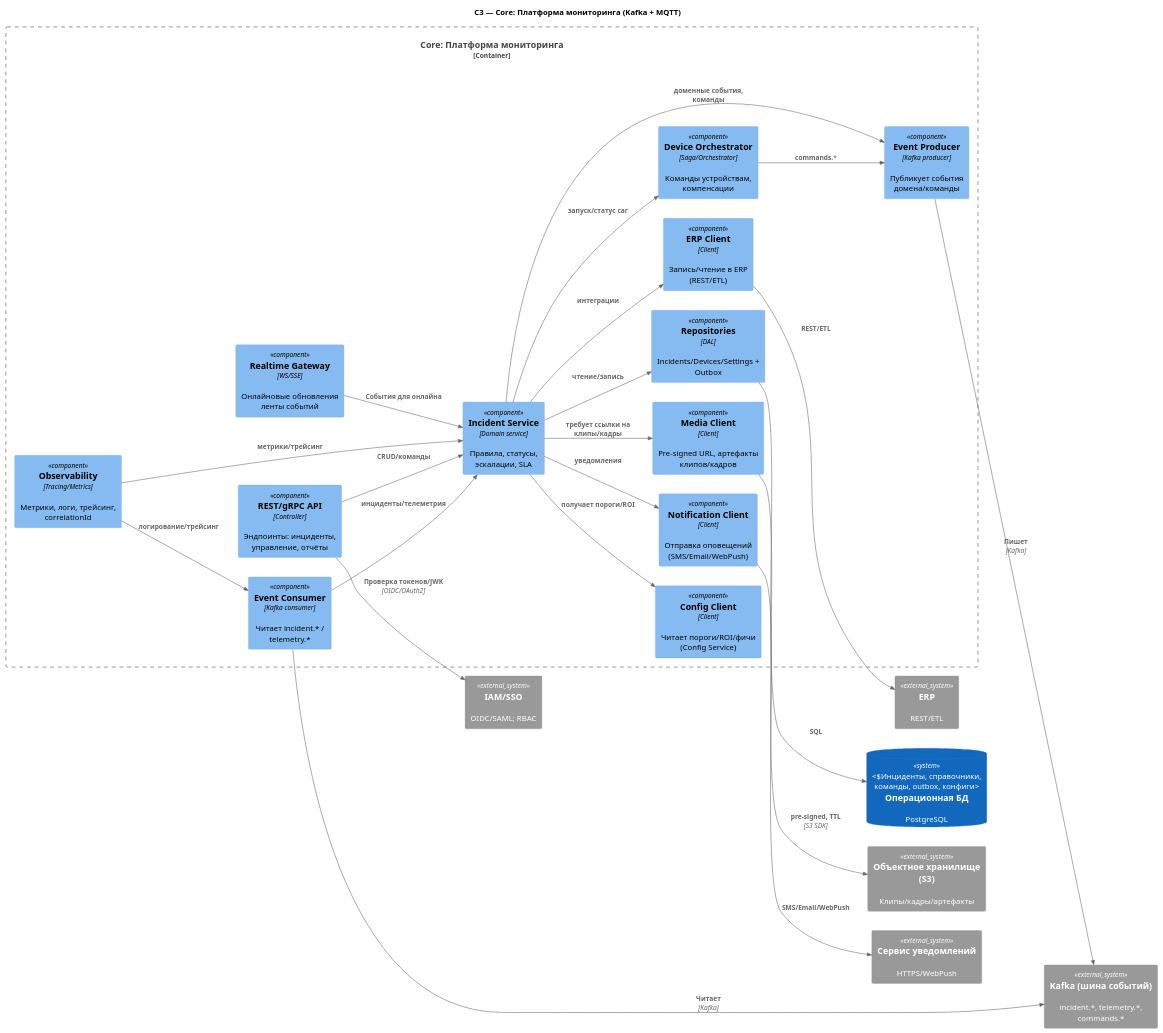
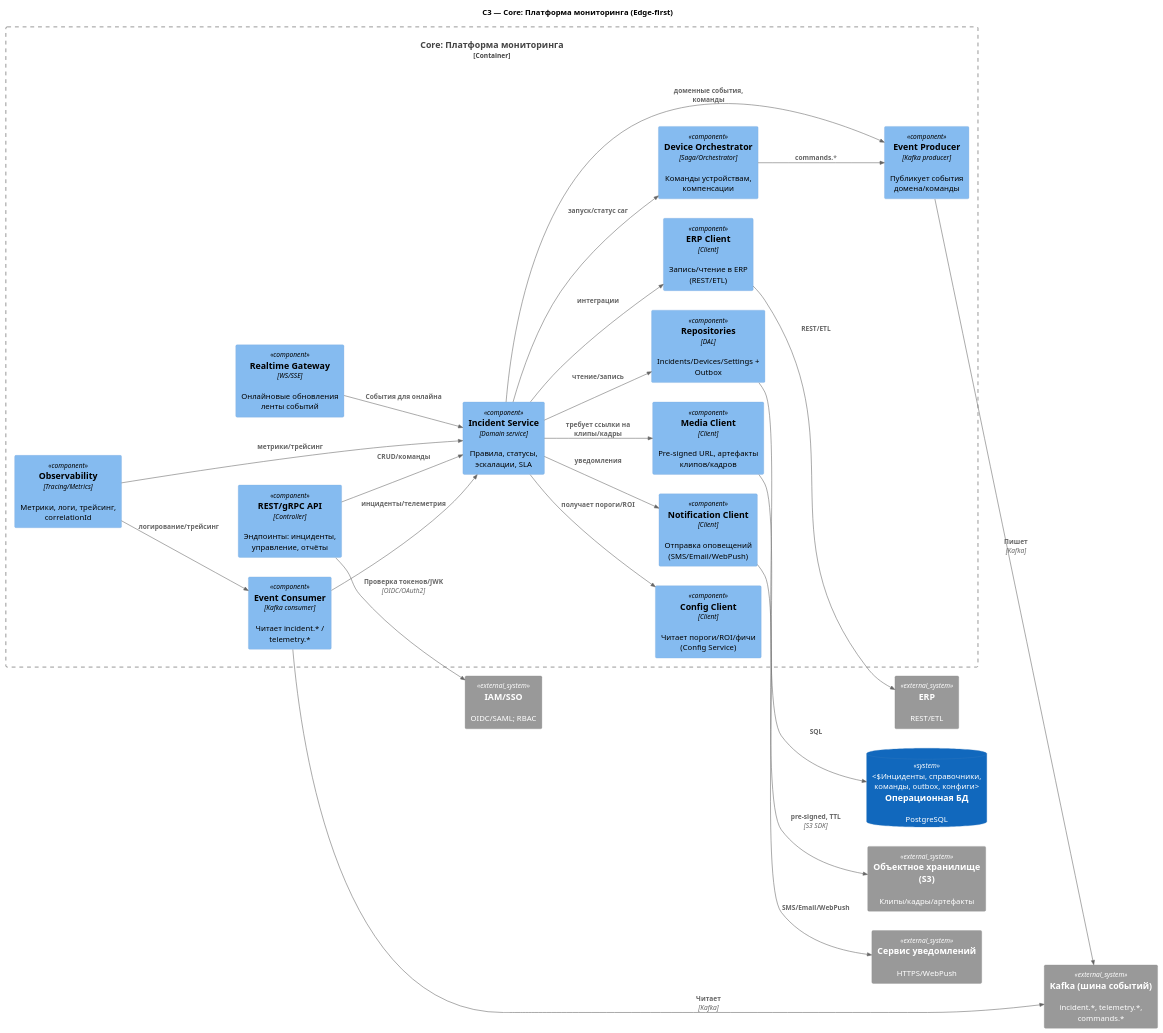
The diagram in Task3/C3-main-core.puml (G-NighT/MSA-AgroTech), drawn with PlantUML before and after one commit. The commit also changed 10 other files, not shown here.

```diff
--- a/Task3/C3-main-core.puml
+++ b/Task3/C3-main-core.puml
@@ -1,52 +1,52 @@
 @startuml C3-main-core
 
 !includeurl https://raw.githubusercontent.com/plantuml-stdlib/C4-PlantUML/master/C4_Component.puml
 
 left to right direction
 
-title C3 — Core: Платформа мониторинга (Kafka + MQTT)
+title C3 — Core: Платформа мониторинга (Edge-first)
 
 Container_Boundary(core, "Core: Платформа мониторинга") {
   Component(RestApi, "REST/gRPC API", "Controller", "Эндпоинты: инциденты, управление, отчёты")
   Component(Realtime, "Realtime Gateway", "WS/SSE", "Онлайновые обновления ленты событий")
   Component(EventConsumer, "Event Consumer", "Kafka consumer", "Читает incident.* / telemetry.*")
   Component(EventProducer, "Event Producer", "Kafka producer", "Публикует события домена/команды")
   Component(IncidentSvc, "Incident Service", "Domain service", "Правила, статусы, эскалации, SLA")
   Component(DeviceOrch, "Device Orchestrator", "Saga/Orchestrator", "Команды устройствам, компенсации")
   Component(ConfigClient, "Config Client", "Client", "Читает пороги/ROI/фичи (Config Service)")
   Component(MediaClient, "Media Client", "Client", "Pre-signed URL, артефакты клипов/кадров")
   Component(NotifClient, "Notification Client", "Client", "Отправка оповещений (SMS/Email/WebPush)")
   Component(ErpClient, "ERP Client", "Client", "Запись/чтение в ERP (REST/ETL)")
   Component(Repo, "Repositories", "DAL", "Incidents/Devices/Settings + Outbox")
   Component(Metrics, "Observability", "Tracing/Metrics", "Метрики, логи, трейсинг, correlationId")
 }
 
 System_Ext(kafka, "Kafka (шина событий)", "incident.*, telemetry.*, commands.*")
 SystemDb(opdb, "Операционная БД", "PostgreSQL", "Инциденты, справочники, команды, outbox, конфиги")
 System_Ext(object, "Объектное хранилище (S3)", "Клипы/кадры/артефакты")
 System_Ext(notif, "Сервис уведомлений", "HTTPS/WebPush")
 System_Ext(erp, "ERP", "REST/ETL")
 System_Ext(auth, "IAM/SSO", "OIDC/SAML; RBAC")
 
 Rel(RestApi, auth, "Проверка токенов/JWK", "OIDC/OAuth2")
 Rel(RestApi, IncidentSvc, "CRUD/команды")
 Rel(Realtime, IncidentSvc, "События для онлайна")
 Rel(EventConsumer, IncidentSvc, "инциденты/телеметрия")
 Rel(IncidentSvc, EventProducer, "доменные события, команды")
 Rel(IncidentSvc, DeviceOrch, "запуск/статус саг")
 Rel(DeviceOrch, EventProducer, "commands.*")
 Rel(IncidentSvc, ConfigClient, "получает пороги/ROI")
 Rel(IncidentSvc, MediaClient, "требует ссылки на клипы/кадры")
 Rel(MediaClient, object, "pre-signed, TTL", "S3 SDK")
 Rel(IncidentSvc, NotifClient, "уведомления")
 Rel(NotifClient, notif, "SMS/Email/WebPush")
 Rel(IncidentSvc, ErpClient, "интеграции")
 Rel(ErpClient, erp, "REST/ETL")
 Rel(Repo, opdb, "SQL")
 Rel(EventConsumer, kafka, "Читает", "Kafka")
 Rel(EventProducer, kafka, "Пишет", "Kafka")
 Rel(IncidentSvc, Repo, "чтение/запись")
 Rel(Metrics, IncidentSvc, "метрики/трейсинг")
 Rel(Metrics, EventConsumer, "логирование/трейсинг")
 
 @enduml
```
